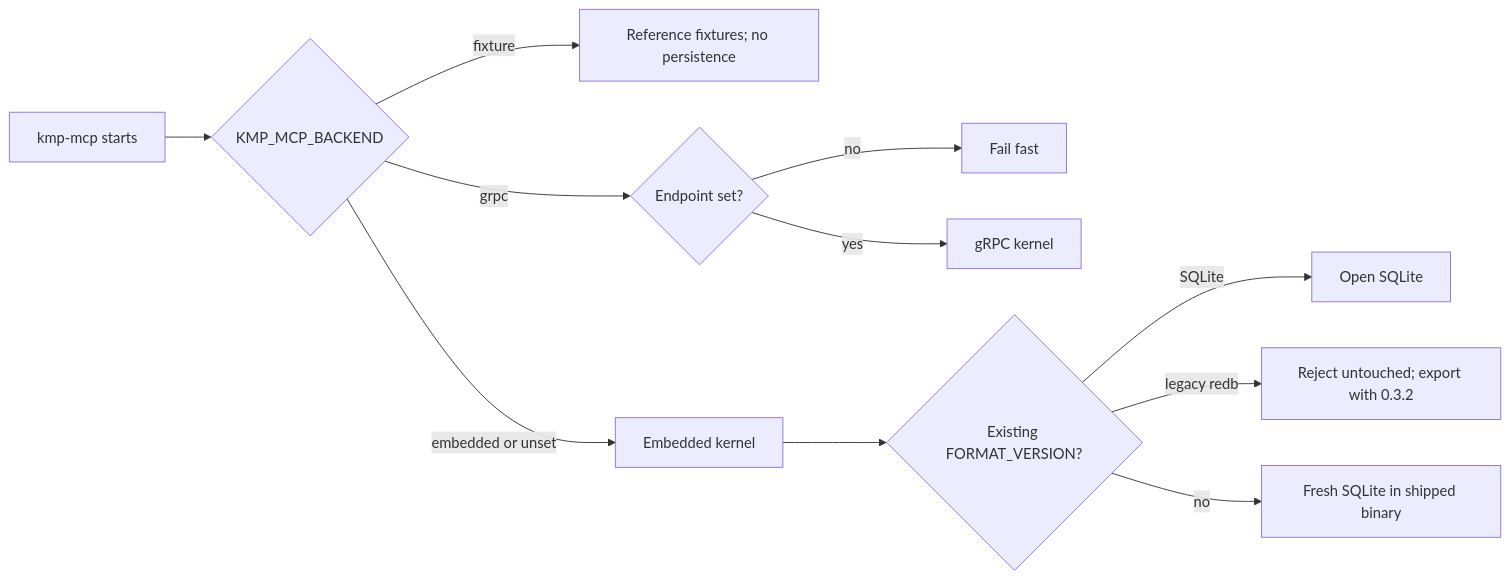
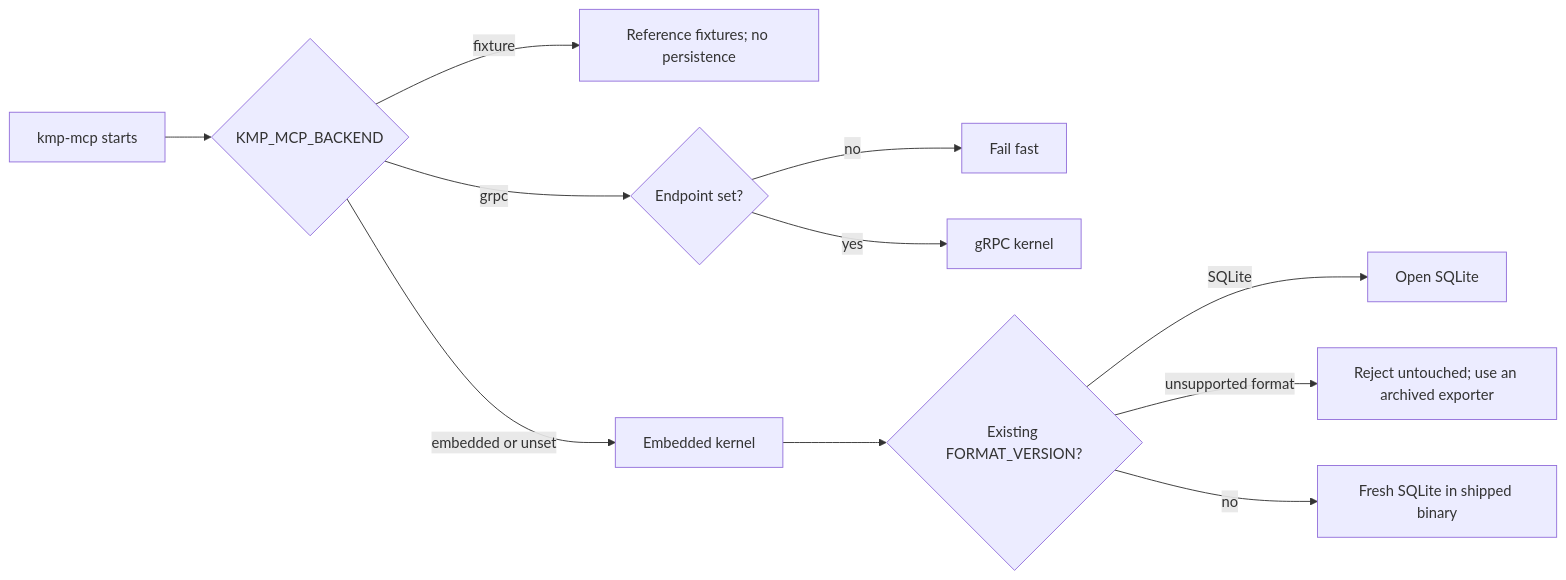
The fourth of 4 diagrams in docs/architecture/README.md (underpass-ai/kmp), drawn with Mermaid before and after one commit. The commit also changed 40 other files, not shown here.

````diff
--- a/docs/architecture/README.md
+++ b/docs/architecture/README.md
@@ -117,13 +117,13 @@
 ```mermaid
 flowchart LR
     START[kmp-mcp starts] --> B{KMP_MCP_BACKEND}
     B -->|fixture| F[Reference fixtures; no persistence]
     B -->|grpc| R{Endpoint set?}
     R -->|no| FAIL[Fail fast]
     R -->|yes| G[gRPC kernel]
     B -->|embedded or unset| E[Embedded kernel]
     E --> D{Existing FORMAT_VERSION?}
     D -->|SQLite| X[Open SQLite]
-    D -->|legacy redb| L[Reject untouched; export with 0.3.2]
+    D -->|unsupported format| L[Reject untouched; use an archived exporter]
     D -->|no| Q[Fresh SQLite in shipped binary]
 ```
````
